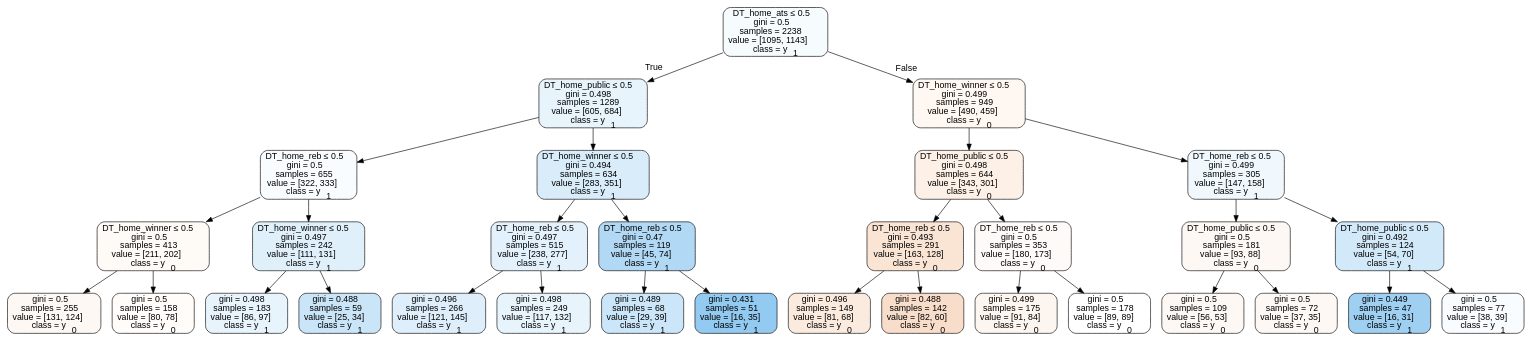
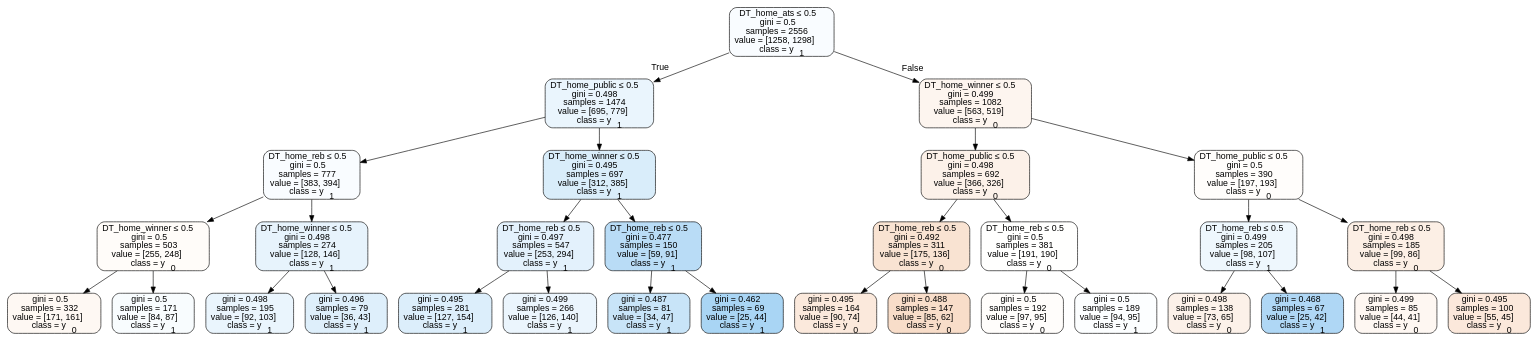
The diagram in Basketball/data/trees/tree2011neutral.dot (usbogie/ncaa-bets), drawn with Graphviz before and after one commit. The commit also changed 23 other files, not shown here.

```diff
--- a/Basketball/data/trees/tree2011neutral.dot
+++ b/Basketball/data/trees/tree2011neutral.dot
@@ -1,65 +1,65 @@
 digraph Tree {
 node [shape=box, style="filled, rounded", color="black", fontname=helvetica] ;
 edge [fontname=helvetica] ;
-0 [label=<DT_home_ats &le; 0.5<br/>gini = 0.5<br/>samples = 2238<br/>value = [1095, 1143]<br/>class = y<SUB>1</SUB>>, fillcolor="#399de50b"] ;
-1 [label=<DT_home_public &le; 0.5<br/>gini = 0.498<br/>samples = 1289<br/>value = [605, 684]<br/>class = y<SUB>1</SUB>>, fillcolor="#399de51d"] ;
+0 [label=<DT_home_ats &le; 0.5<br/>gini = 0.5<br/>samples = 2556<br/>value = [1258, 1298]<br/>class = y<SUB>1</SUB>>, fillcolor="#399de508"] ;
+1 [label=<DT_home_public &le; 0.5<br/>gini = 0.498<br/>samples = 1474<br/>value = [695, 779]<br/>class = y<SUB>1</SUB>>, fillcolor="#399de51b"] ;
 0 -> 1 [labeldistance=2.5, labelangle=45, headlabel="True"] ;
-2 [label=<DT_home_reb &le; 0.5<br/>gini = 0.5<br/>samples = 655<br/>value = [322, 333]<br/>class = y<SUB>1</SUB>>, fillcolor="#399de508"] ;
+2 [label=<DT_home_reb &le; 0.5<br/>gini = 0.5<br/>samples = 777<br/>value = [383, 394]<br/>class = y<SUB>1</SUB>>, fillcolor="#399de507"] ;
 1 -> 2 ;
-3 [label=<DT_home_winner &le; 0.5<br/>gini = 0.5<br/>samples = 413<br/>value = [211, 202]<br/>class = y<SUB>0</SUB>>, fillcolor="#e581390b"] ;
+3 [label=<DT_home_winner &le; 0.5<br/>gini = 0.5<br/>samples = 503<br/>value = [255, 248]<br/>class = y<SUB>0</SUB>>, fillcolor="#e5813907"] ;
 2 -> 3 ;
-4 [label=<gini = 0.5<br/>samples = 255<br/>value = [131, 124]<br/>class = y<SUB>0</SUB>>, fillcolor="#e581390e"] ;
+4 [label=<gini = 0.5<br/>samples = 332<br/>value = [171, 161]<br/>class = y<SUB>0</SUB>>, fillcolor="#e581390f"] ;
 3 -> 4 ;
-5 [label=<gini = 0.5<br/>samples = 158<br/>value = [80, 78]<br/>class = y<SUB>0</SUB>>, fillcolor="#e5813906"] ;
+5 [label=<gini = 0.5<br/>samples = 171<br/>value = [84, 87]<br/>class = y<SUB>1</SUB>>, fillcolor="#399de509"] ;
 3 -> 5 ;
-6 [label=<DT_home_winner &le; 0.5<br/>gini = 0.497<br/>samples = 242<br/>value = [111, 131]<br/>class = y<SUB>1</SUB>>, fillcolor="#399de527"] ;
+6 [label=<DT_home_winner &le; 0.5<br/>gini = 0.498<br/>samples = 274<br/>value = [128, 146]<br/>class = y<SUB>1</SUB>>, fillcolor="#399de51f"] ;
 2 -> 6 ;
-7 [label=<gini = 0.498<br/>samples = 183<br/>value = [86, 97]<br/>class = y<SUB>1</SUB>>, fillcolor="#399de51d"] ;
+7 [label=<gini = 0.498<br/>samples = 195<br/>value = [92, 103]<br/>class = y<SUB>1</SUB>>, fillcolor="#399de51b"] ;
 6 -> 7 ;
-8 [label=<gini = 0.488<br/>samples = 59<br/>value = [25, 34]<br/>class = y<SUB>1</SUB>>, fillcolor="#399de544"] ;
+8 [label=<gini = 0.496<br/>samples = 79<br/>value = [36, 43]<br/>class = y<SUB>1</SUB>>, fillcolor="#399de52a"] ;
 6 -> 8 ;
-9 [label=<DT_home_winner &le; 0.5<br/>gini = 0.494<br/>samples = 634<br/>value = [283, 351]<br/>class = y<SUB>1</SUB>>, fillcolor="#399de531"] ;
+9 [label=<DT_home_winner &le; 0.5<br/>gini = 0.495<br/>samples = 697<br/>value = [312, 385]<br/>class = y<SUB>1</SUB>>, fillcolor="#399de530"] ;
 1 -> 9 ;
-10 [label=<DT_home_reb &le; 0.5<br/>gini = 0.497<br/>samples = 515<br/>value = [238, 277]<br/>class = y<SUB>1</SUB>>, fillcolor="#399de524"] ;
+10 [label=<DT_home_reb &le; 0.5<br/>gini = 0.497<br/>samples = 547<br/>value = [253, 294]<br/>class = y<SUB>1</SUB>>, fillcolor="#399de524"] ;
 9 -> 10 ;
-11 [label=<gini = 0.496<br/>samples = 266<br/>value = [121, 145]<br/>class = y<SUB>1</SUB>>, fillcolor="#399de52a"] ;
+11 [label=<gini = 0.495<br/>samples = 281<br/>value = [127, 154]<br/>class = y<SUB>1</SUB>>, fillcolor="#399de52d"] ;
 10 -> 11 ;
-12 [label=<gini = 0.498<br/>samples = 249<br/>value = [117, 132]<br/>class = y<SUB>1</SUB>>, fillcolor="#399de51d"] ;
+12 [label=<gini = 0.499<br/>samples = 266<br/>value = [126, 140]<br/>class = y<SUB>1</SUB>>, fillcolor="#399de519"] ;
 10 -> 12 ;
-13 [label=<DT_home_reb &le; 0.5<br/>gini = 0.47<br/>samples = 119<br/>value = [45, 74]<br/>class = y<SUB>1</SUB>>, fillcolor="#399de564"] ;
+13 [label=<DT_home_reb &le; 0.5<br/>gini = 0.477<br/>samples = 150<br/>value = [59, 91]<br/>class = y<SUB>1</SUB>>, fillcolor="#399de55a"] ;
 9 -> 13 ;
-14 [label=<gini = 0.489<br/>samples = 68<br/>value = [29, 39]<br/>class = y<SUB>1</SUB>>, fillcolor="#399de541"] ;
+14 [label=<gini = 0.487<br/>samples = 81<br/>value = [34, 47]<br/>class = y<SUB>1</SUB>>, fillcolor="#399de547"] ;
 13 -> 14 ;
-15 [label=<gini = 0.431<br/>samples = 51<br/>value = [16, 35]<br/>class = y<SUB>1</SUB>>, fillcolor="#399de58a"] ;
+15 [label=<gini = 0.462<br/>samples = 69<br/>value = [25, 44]<br/>class = y<SUB>1</SUB>>, fillcolor="#399de56e"] ;
 13 -> 15 ;
-16 [label=<DT_home_winner &le; 0.5<br/>gini = 0.499<br/>samples = 949<br/>value = [490, 459]<br/>class = y<SUB>0</SUB>>, fillcolor="#e5813910"] ;
+16 [label=<DT_home_winner &le; 0.5<br/>gini = 0.499<br/>samples = 1082<br/>value = [563, 519]<br/>class = y<SUB>0</SUB>>, fillcolor="#e5813914"] ;
 0 -> 16 [labeldistance=2.5, labelangle=-45, headlabel="False"] ;
-17 [label=<DT_home_public &le; 0.5<br/>gini = 0.498<br/>samples = 644<br/>value = [343, 301]<br/>class = y<SUB>0</SUB>>, fillcolor="#e581391f"] ;
+17 [label=<DT_home_public &le; 0.5<br/>gini = 0.498<br/>samples = 692<br/>value = [366, 326]<br/>class = y<SUB>0</SUB>>, fillcolor="#e581391c"] ;
 16 -> 17 ;
-18 [label=<DT_home_reb &le; 0.5<br/>gini = 0.493<br/>samples = 291<br/>value = [163, 128]<br/>class = y<SUB>0</SUB>>, fillcolor="#e5813937"] ;
+18 [label=<DT_home_reb &le; 0.5<br/>gini = 0.492<br/>samples = 311<br/>value = [175, 136]<br/>class = y<SUB>0</SUB>>, fillcolor="#e5813939"] ;
 17 -> 18 ;
-19 [label=<gini = 0.496<br/>samples = 149<br/>value = [81, 68]<br/>class = y<SUB>0</SUB>>, fillcolor="#e5813929"] ;
+19 [label=<gini = 0.495<br/>samples = 164<br/>value = [90, 74]<br/>class = y<SUB>0</SUB>>, fillcolor="#e581392d"] ;
 18 -> 19 ;
-20 [label=<gini = 0.488<br/>samples = 142<br/>value = [82, 60]<br/>class = y<SUB>0</SUB>>, fillcolor="#e5813944"] ;
+20 [label=<gini = 0.488<br/>samples = 147<br/>value = [85, 62]<br/>class = y<SUB>0</SUB>>, fillcolor="#e5813945"] ;
 18 -> 20 ;
-21 [label=<DT_home_reb &le; 0.5<br/>gini = 0.5<br/>samples = 353<br/>value = [180, 173]<br/>class = y<SUB>0</SUB>>, fillcolor="#e581390a"] ;
+21 [label=<DT_home_reb &le; 0.5<br/>gini = 0.5<br/>samples = 381<br/>value = [191, 190]<br/>class = y<SUB>0</SUB>>, fillcolor="#e5813901"] ;
 17 -> 21 ;
-22 [label=<gini = 0.499<br/>samples = 175<br/>value = [91, 84]<br/>class = y<SUB>0</SUB>>, fillcolor="#e5813914"] ;
+22 [label=<gini = 0.5<br/>samples = 192<br/>value = [97, 95]<br/>class = y<SUB>0</SUB>>, fillcolor="#e5813905"] ;
 21 -> 22 ;
-23 [label=<gini = 0.5<br/>samples = 178<br/>value = [89, 89]<br/>class = y<SUB>0</SUB>>, fillcolor="#e5813900"] ;
+23 [label=<gini = 0.5<br/>samples = 189<br/>value = [94, 95]<br/>class = y<SUB>1</SUB>>, fillcolor="#399de503"] ;
 21 -> 23 ;
-24 [label=<DT_home_reb &le; 0.5<br/>gini = 0.499<br/>samples = 305<br/>value = [147, 158]<br/>class = y<SUB>1</SUB>>, fillcolor="#399de512"] ;
+24 [label=<DT_home_public &le; 0.5<br/>gini = 0.5<br/>samples = 390<br/>value = [197, 193]<br/>class = y<SUB>0</SUB>>, fillcolor="#e5813905"] ;
 16 -> 24 ;
-25 [label=<DT_home_public &le; 0.5<br/>gini = 0.5<br/>samples = 181<br/>value = [93, 88]<br/>class = y<SUB>0</SUB>>, fillcolor="#e581390e"] ;
+25 [label=<DT_home_reb &le; 0.5<br/>gini = 0.499<br/>samples = 205<br/>value = [98, 107]<br/>class = y<SUB>1</SUB>>, fillcolor="#399de515"] ;
 24 -> 25 ;
-26 [label=<gini = 0.5<br/>samples = 109<br/>value = [56, 53]<br/>class = y<SUB>0</SUB>>, fillcolor="#e581390e"] ;
+26 [label=<gini = 0.498<br/>samples = 138<br/>value = [73, 65]<br/>class = y<SUB>0</SUB>>, fillcolor="#e581391c"] ;
 25 -> 26 ;
-27 [label=<gini = 0.5<br/>samples = 72<br/>value = [37, 35]<br/>class = y<SUB>0</SUB>>, fillcolor="#e581390e"] ;
+27 [label=<gini = 0.468<br/>samples = 67<br/>value = [25, 42]<br/>class = y<SUB>1</SUB>>, fillcolor="#399de567"] ;
 25 -> 27 ;
-28 [label=<DT_home_public &le; 0.5<br/>gini = 0.492<br/>samples = 124<br/>value = [54, 70]<br/>class = y<SUB>1</SUB>>, fillcolor="#399de53a"] ;
+28 [label=<DT_home_reb &le; 0.5<br/>gini = 0.498<br/>samples = 185<br/>value = [99, 86]<br/>class = y<SUB>0</SUB>>, fillcolor="#e5813921"] ;
 24 -> 28 ;
-29 [label=<gini = 0.449<br/>samples = 47<br/>value = [16, 31]<br/>class = y<SUB>1</SUB>>, fillcolor="#399de57b"] ;
+29 [label=<gini = 0.499<br/>samples = 85<br/>value = [44, 41]<br/>class = y<SUB>0</SUB>>, fillcolor="#e5813911"] ;
 28 -> 29 ;
-30 [label=<gini = 0.5<br/>samples = 77<br/>value = [38, 39]<br/>class = y<SUB>1</SUB>>, fillcolor="#399de507"] ;
+30 [label=<gini = 0.495<br/>samples = 100<br/>value = [55, 45]<br/>class = y<SUB>0</SUB>>, fillcolor="#e581392e"] ;
 28 -> 30 ;
 }
```
